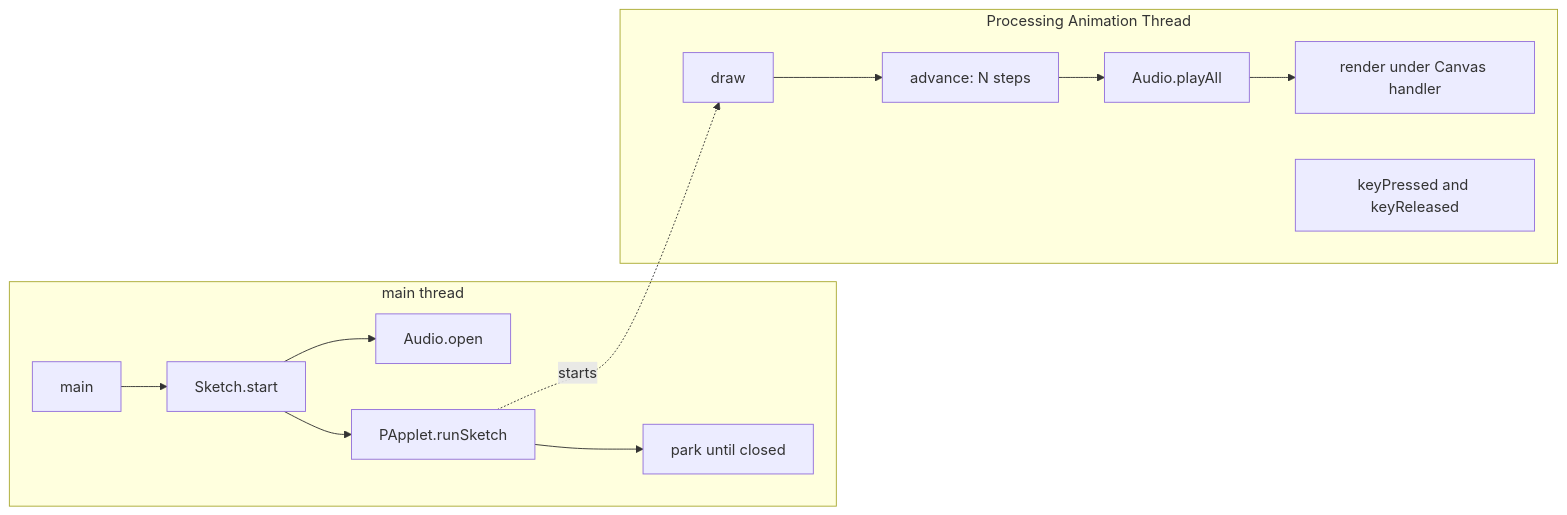
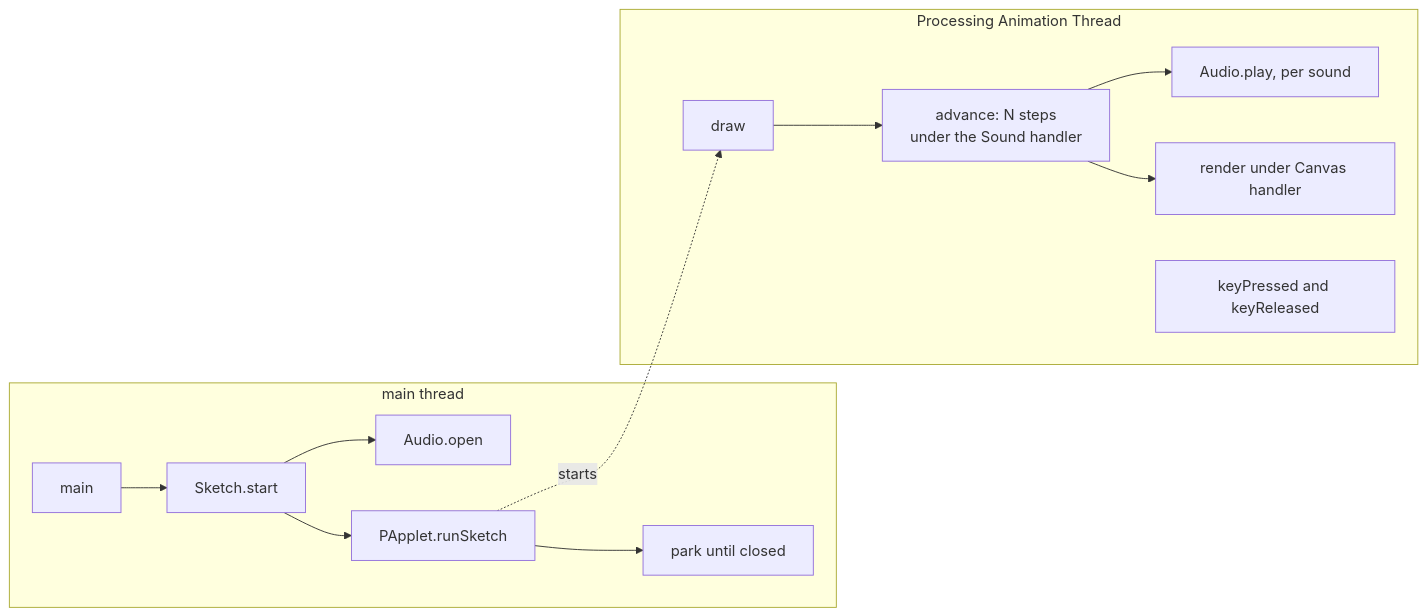
One commit to wstein/flix-invaders changed the third of 5 diagrams in docs/ARCHITECTURE.md. Above: the diagram before and after it, drawn with Mermaid. The commit also changed other lines of this file and 3 other files, not shown here.

````diff
--- a/docs/ARCHITECTURE.md
+++ b/docs/ARCHITECTURE.md
@@ -235,16 +235,16 @@
 ```mermaid
 flowchart LR
     subgraph main["main thread"]
         M[main] --> ST[Sketch.start]
         ST --> AO[Audio.open]
         ST --> RS[PApplet.runSketch]
         RS --> PK["park until closed"]
     end
     subgraph anim["Processing Animation Thread"]
-        D[draw] --> ADV["advance: N steps"]
-        ADV --> PL[Audio.playAll]
-        PL --> RN[render under Canvas handler]
+        D[draw] --> ADV["advance: N steps<br/>under the Sound handler"]
+        ADV --> PL["Audio.play, per sound"]
+        ADV --> RN[render under Canvas handler]
         KP["keyPressed and keyReleased"]
     end
     RS -.->|starts| D
 ```
````
